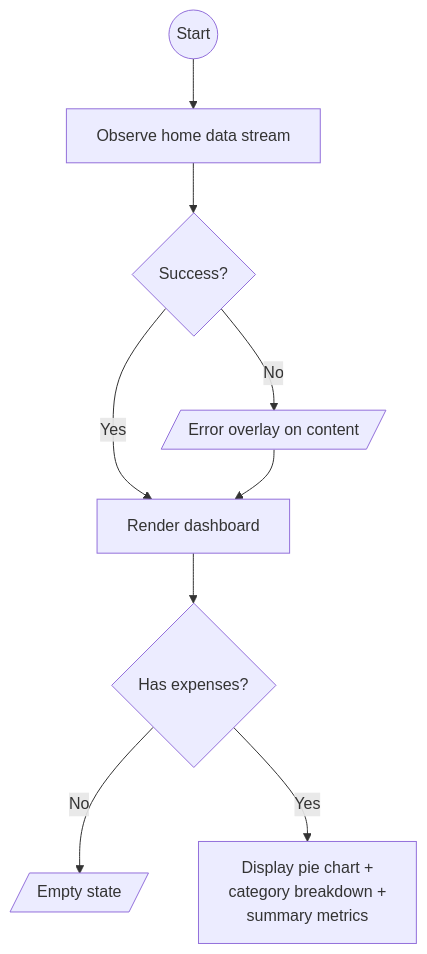
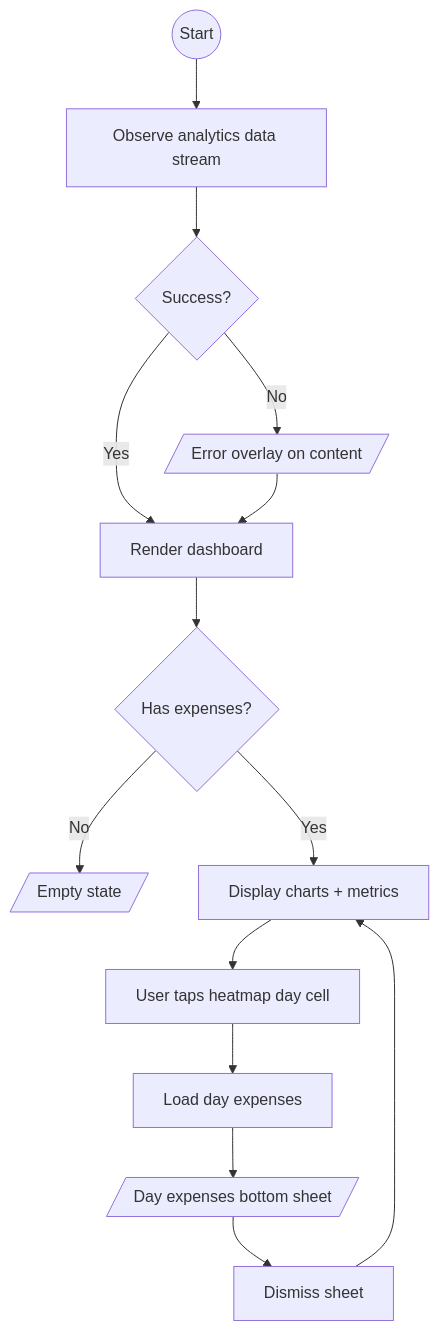
Before and after one commit to dzmitreydanilov/PlzStop: the diagram in docs/features/analytics-overview.md, drawn with Mermaid. The commit also changed other lines of this file and 69 other files, not shown here.

````diff
--- a/docs/features/analytics-overview.md
+++ b/docs/features/analytics-overview.md
@@ -9,12 +9,18 @@
 ```mermaid
 flowchart TD
-    start((Start)) --> observe[Observe home data stream]
+    start((Start)) --> observe[Observe analytics data stream]
     observe --> loadOk{Success?}
     loadOk -->|No| errOverlay[/Error overlay on content/]
     loadOk -->|Yes| render[Render dashboard]
     errOverlay --> render
 
     render --> hasData{Has expenses?}
     hasData -->|No| empty[/Empty state/]
-    hasData -->|Yes| display[Display pie chart +\ncategory breakdown +\nsummary metrics]
+    hasData -->|Yes| display[Display charts + metrics]
+
+    display --> heatTap[User taps heatmap day cell]
+    heatTap --> loadDay[Load day expenses]
+    loadDay --> sheet[/Day expenses bottom sheet/]
+    sheet --> dismiss[Dismiss sheet]
+    dismiss --> display
 ```
````
